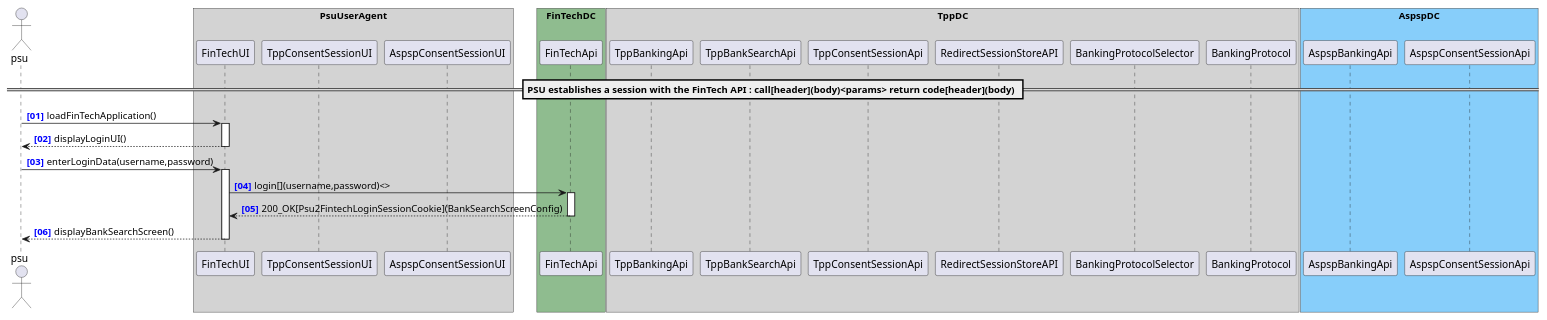
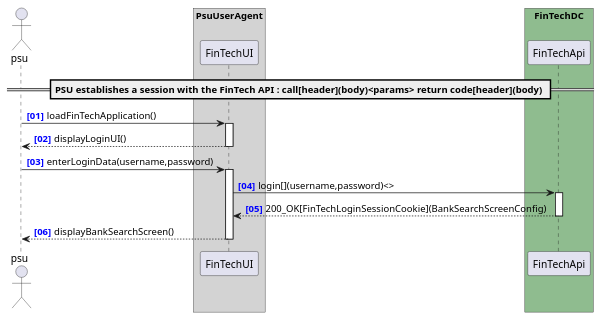
Before and after one commit to adorsys/open-banking-gateway: the diagram in docs/architecture/diagrams/useCases/1-loginWithFinTech.puml, drawn with PlantUML. The commit also changed 10 other files, not shown here.

```diff
--- a/docs/architecture/diagrams/useCases/1-loginWithFinTech.puml
+++ b/docs/architecture/diagrams/useCases/1-loginWithFinTech.puml
@@ -1,35 +1,35 @@
 @startuml
 
 autonumber "<b><color blue>[00]"
 actor psu
 
 box "PsuUserAgent" #LightGray
     participant "FinTechUI" as FinTechUI
-    participant "TppConsentSessionUI" as TppConsentSessionUI
-    participant "AspspConsentSessionUI" as AspspConsentSessionUI
+    'participant "ConsentAuthorisationUI" as ConsentAuthorisationUI
+    'participant "OnlineBankingUI" as OnlineBankingUI
 end box
 box "FinTechDC" #DarkSeaGreen
     participant "FinTechApi" as FinTechApi
 end box
 box "TppDC" #LightGray
-    participant "TppBankingApi" as TppBankingApi
-    participant "TppBankSearchApi" as TppBankSearchApi
-    participant "TppConsentSessionApi" as TppConsentSessionApi
+    'participant "TppBankingApi" as TppBankingApi
+    'participant "TppBankSearchApi" as TppBankSearchApi
+    'participant "ConsentAuthorisationApi" as ConsentAuthorisationApi
 
-    participant "RedirectSessionStoreAPI" as RedirectSessionStoreAPI
-    participant "BankingProtocolSelector" as BankingProtocolSelector
-    participant "BankingProtocol" as BankingProtocol
+    'participant "RedirectSessionStoreApi" as RedirectSessionStoreApi
+    'participant "BankingProtocolSelector" as BankingProtocolSelector
+    'participant "BankingProtocol" as BankingProtocol
 end box
 box "AspspDC" #LightSkyBlue
-	participant "AspspBankingApi" as AspspBankingApi
-    participant "AspspConsentSessionApi" as AspspConsentSessionApi
+	'participant "AspspBankingApi" as AspspBankingApi
+    'participant "OnlineBankingApi" as OnlineBankingApi
 end box
 
 == PSU establishes a session with the FinTech API : call[header](body)<params> return code[header](body) ==
 psu -> FinTechUI ++ : loadFinTechApplication()
 return displayLoginUI()
 psu -> FinTechUI ++ : enterLoginData(username,password)
 FinTechUI -> FinTechApi ++ : login[](username,password)<>
-return 200_OK[Psu2FintechLoginSessionCookie](BankSearchScreenConfig)
+return 200_OK[FinTechLoginSessionCookie](BankSearchScreenConfig)
 return displayBankSearchScreen()
 @enduml
```
